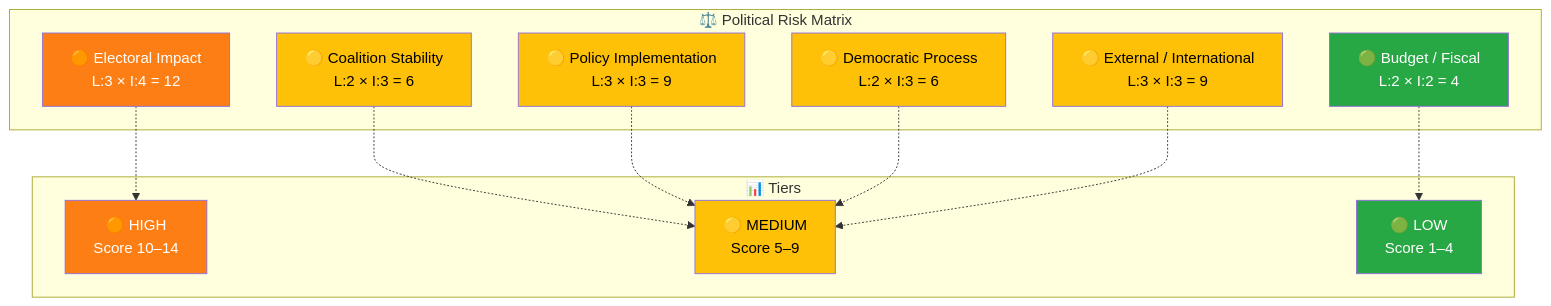
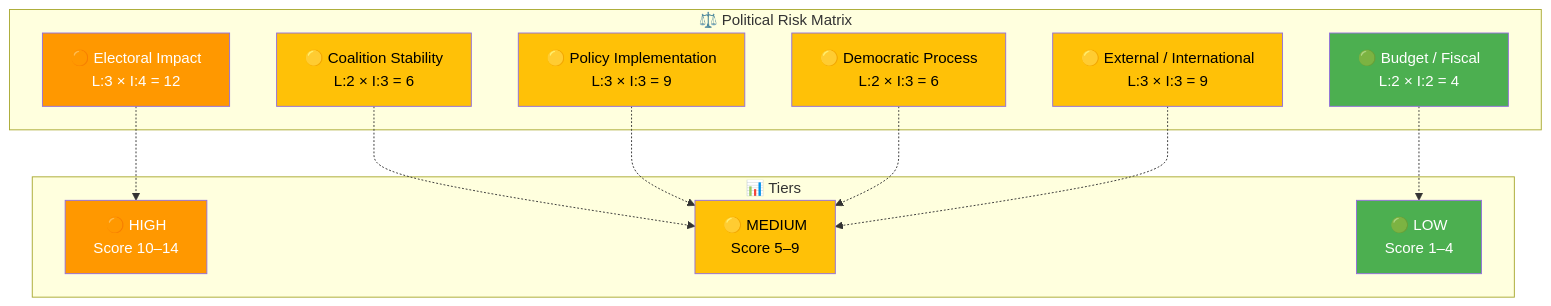
One commit to Hack23/riksdagsmonitor changed the third of 3 diagrams in analysis/daily/2026-04-02/realtime-1428/documents/HD03235-analysis.md. Above: the diagram before and after it, drawn with Mermaid. The commit also changed other lines of this file and 785 other files, not shown here.

First line of the commit message:
Normalize mermaid colors across 786 analysis artifacts to ISMS Style Guide palette

````diff
--- a/analysis/daily/2026-04-02/realtime-1428/documents/HD03235-analysis.md
+++ b/analysis/daily/2026-04-02/realtime-1428/documents/HD03235-analysis.md
@@ -97,34 +97,34 @@
 ```mermaid
 graph TD
     subgraph "⚖️ Political Risk Matrix"
         R1["🟡 Coalition Stability<br/>L:2 × I:3 = 6"]
         R2["🟡 Policy Implementation<br/>L:3 × I:3 = 9"]
         R3["🟢 Budget / Fiscal<br/>L:2 × I:2 = 4"]
         R4["🟠 Electoral Impact<br/>L:3 × I:4 = 12"]
         R5["🟡 Democratic Process<br/>L:2 × I:3 = 6"]
         R6["🟡 External / International<br/>L:3 × I:3 = 9"]
     end
 
     subgraph "📊 Tiers"
         T2["🟠 HIGH<br/>Score 10–14"]
         T3["🟡 MEDIUM<br/>Score 5–9"]
         T4["🟢 LOW<br/>Score 1–4"]
     end
 
     R4 -.-> T2
     R1 -.-> T3
     R2 -.-> T3
     R5 -.-> T3
     R6 -.-> T3
     R3 -.-> T4
 
-    style R1 fill:#ffc107,color:#000
-    style R2 fill:#ffc107,color:#000
-    style R3 fill:#28a745,color:#fff
-    style R4 fill:#fd7e14,color:#fff
-    style R5 fill:#ffc107,color:#000
-    style R6 fill:#ffc107,color:#000
-    style T2 fill:#fd7e14,color:#fff
-    style T3 fill:#ffc107,color:#000
-    style T4 fill:#28a745,color:#fff
+    style R1 fill:#FFC107,color:#000000
+    style R2 fill:#FFC107,color:#000000
+    style R3 fill:#4CAF50,color:#FFFFFF
+    style R4 fill:#FF9800,color:#FFFFFF
+    style R5 fill:#FFC107,color:#000000
+    style R6 fill:#FFC107,color:#000000
+    style T2 fill:#FF9800,color:#FFFFFF
+    style T3 fill:#FFC107,color:#000000
+    style T4 fill:#4CAF50,color:#FFFFFF
 ```
````
